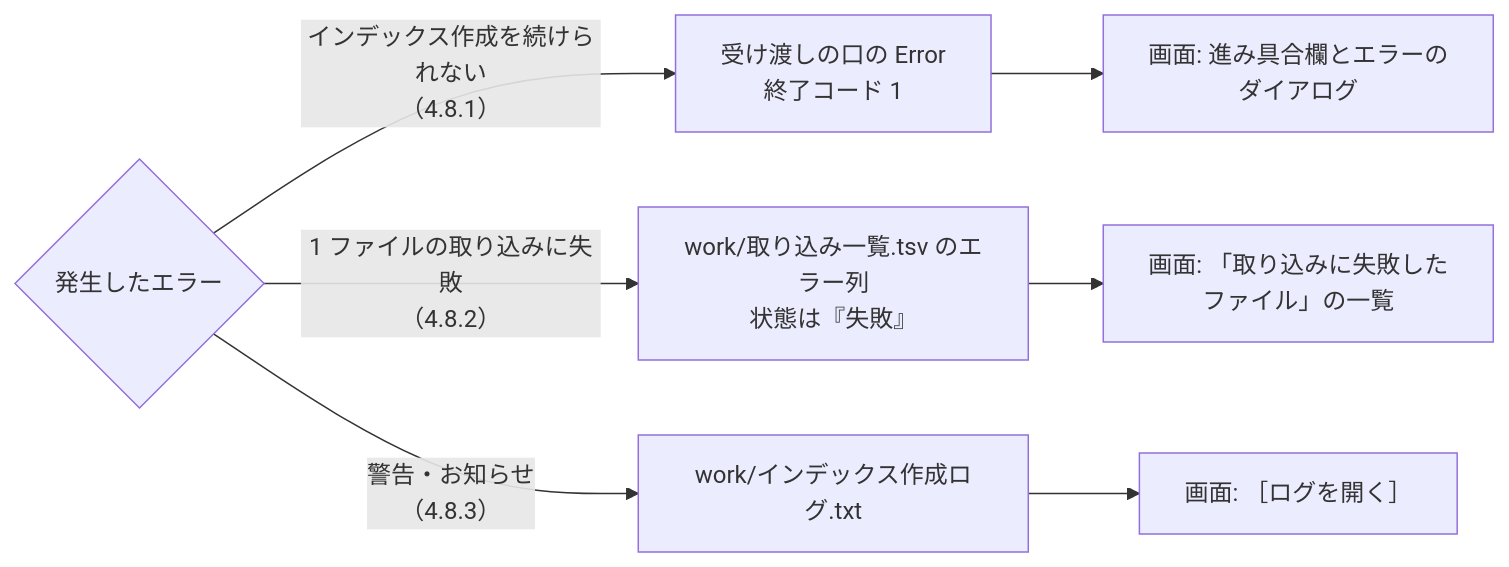
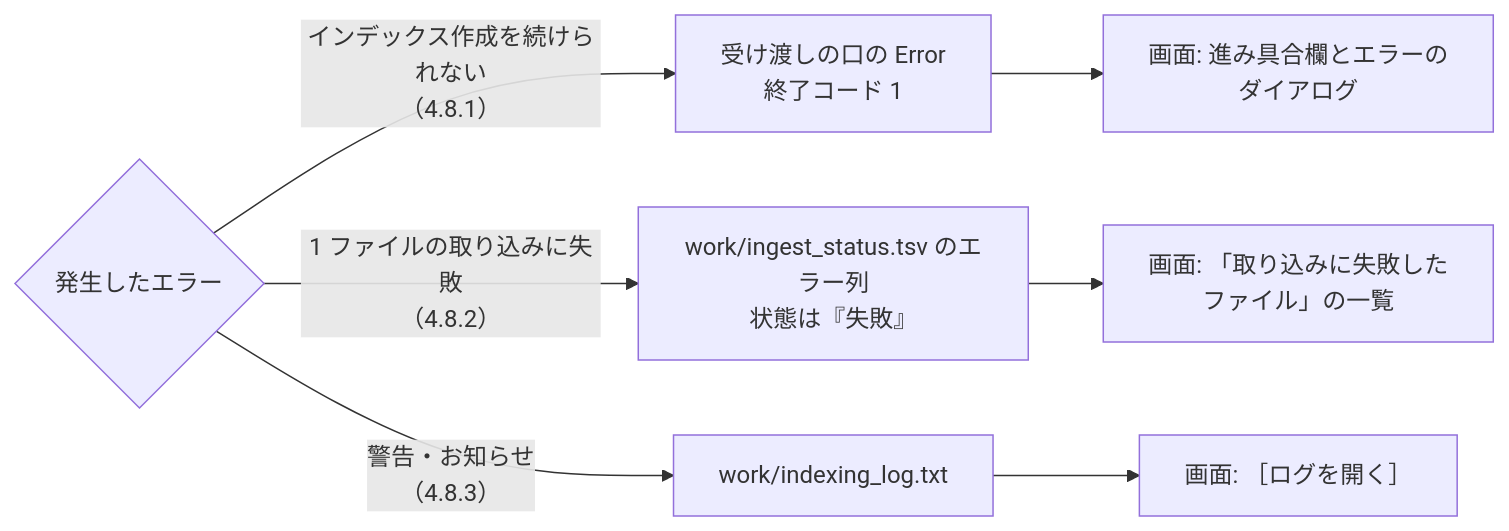
One commit to hsgwa/tebunko changed the diagram in docs/design/indexing/errors.md. Above: the diagram before and after it, drawn with Mermaid. The commit also changed other lines of this file and 38 other files, not shown here.

````diff
--- a/docs/design/indexing/errors.md
+++ b/docs/design/indexing/errors.md
@@ -7,6 +7,6 @@
 ```mermaid
 flowchart LR
     E{"発生したエラー"} -- "インデックス作成を続けられない<br>（4.8.1）" --> F["受け渡しの口の Error<br>終了コード 1"] --> G1["画面: 進み具合欄とエラーのダイアログ"]
-    E -- "1 ファイルの取り込みに失敗<br>（4.8.2）" --> S["work/取り込み一覧.tsv のエラー列<br>状態は『失敗』"] --> G2["画面: 「取り込みに失敗したファイル」の一覧"]
-    E -- "警告・お知らせ<br>（4.8.3）" --> L["work/インデックス作成ログ.txt"] --> G3["画面: ［ログを開く］"]
+    E -- "1 ファイルの取り込みに失敗<br>（4.8.2）" --> S["work/ingest_status.tsv のエラー列<br>状態は『失敗』"] --> G2["画面: 「取り込みに失敗したファイル」の一覧"]
+    E -- "警告・お知らせ<br>（4.8.3）" --> L["work/indexing_log.txt"] --> G3["画面: ［ログを開く］"]
 ```
````
